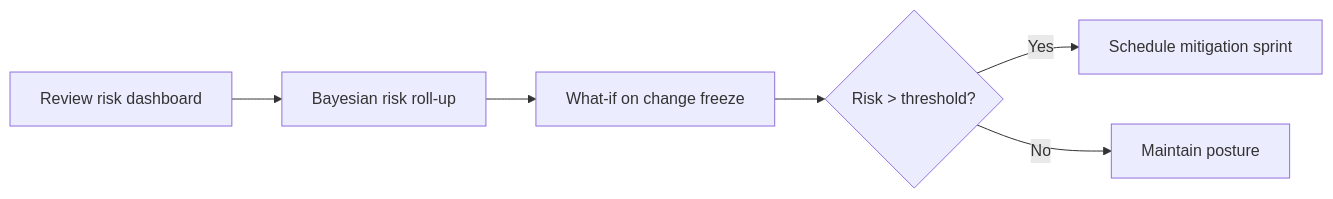
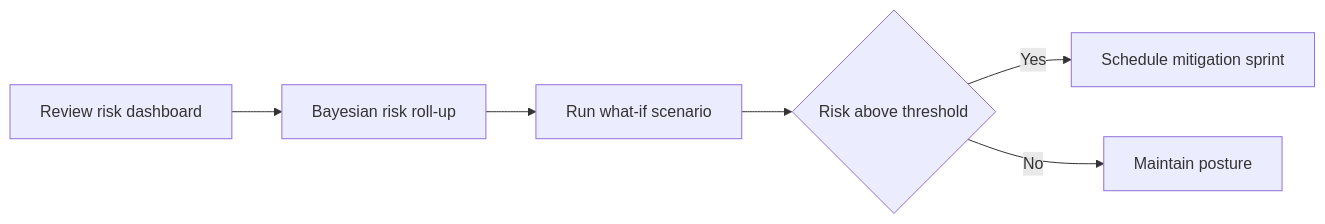
Before and after one commit to andiekobbietks/magentic-ui: the ninth of 13 diagrams in README.md, drawn with Mermaid. The commit also changed other lines of this file, not shown here.

Commit message:
docs: fix mermaid syntax and add before/after tables for personas

````diff
--- a/README.md
+++ b/README.md
@@ -219,8 +291,8 @@
-  ```mermaid
-  flowchart LR
+```mermaid
+flowchart LR
     A[Review risk dashboard] --> B[Bayesian risk roll-up]
-    B --> C[What-if on change freeze]
-    C --> D{Risk > threshold?}
+    B --> C[Run what-if scenario]
+    C --> D{Risk above threshold}
     D -->|Yes| E[Schedule mitigation sprint]
     D -->|No| F[Maintain posture]
-  ```
+```
````
